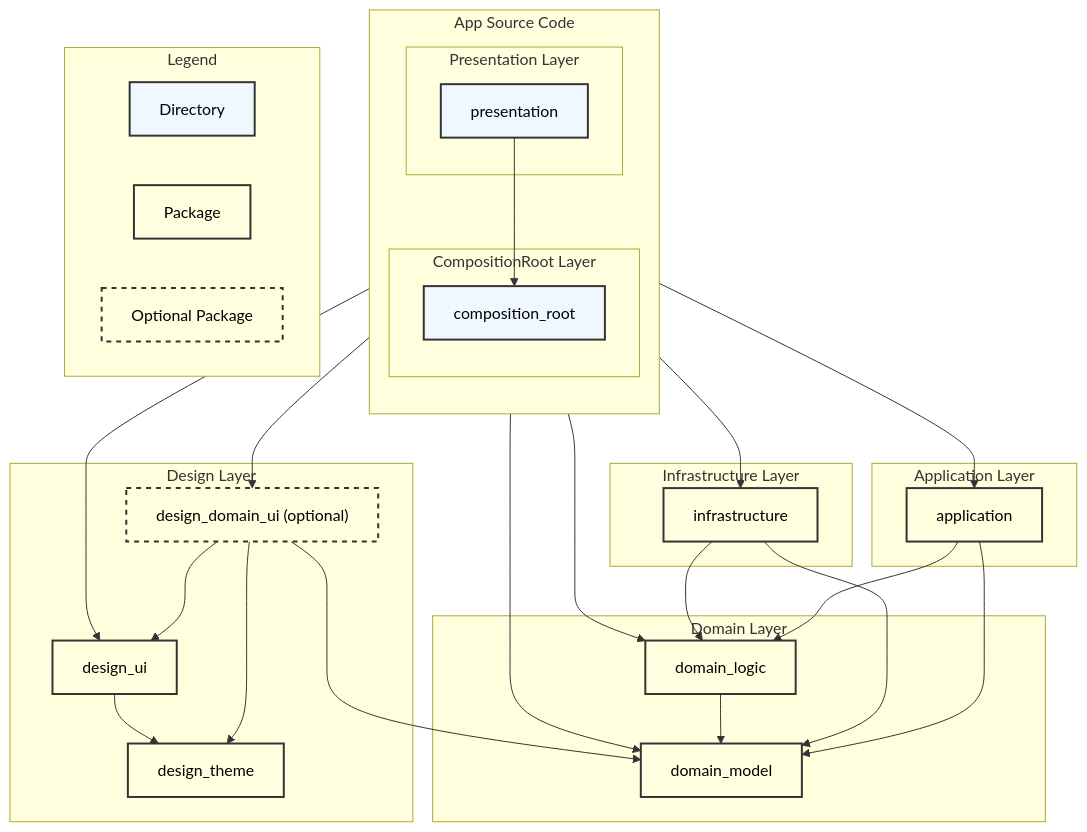
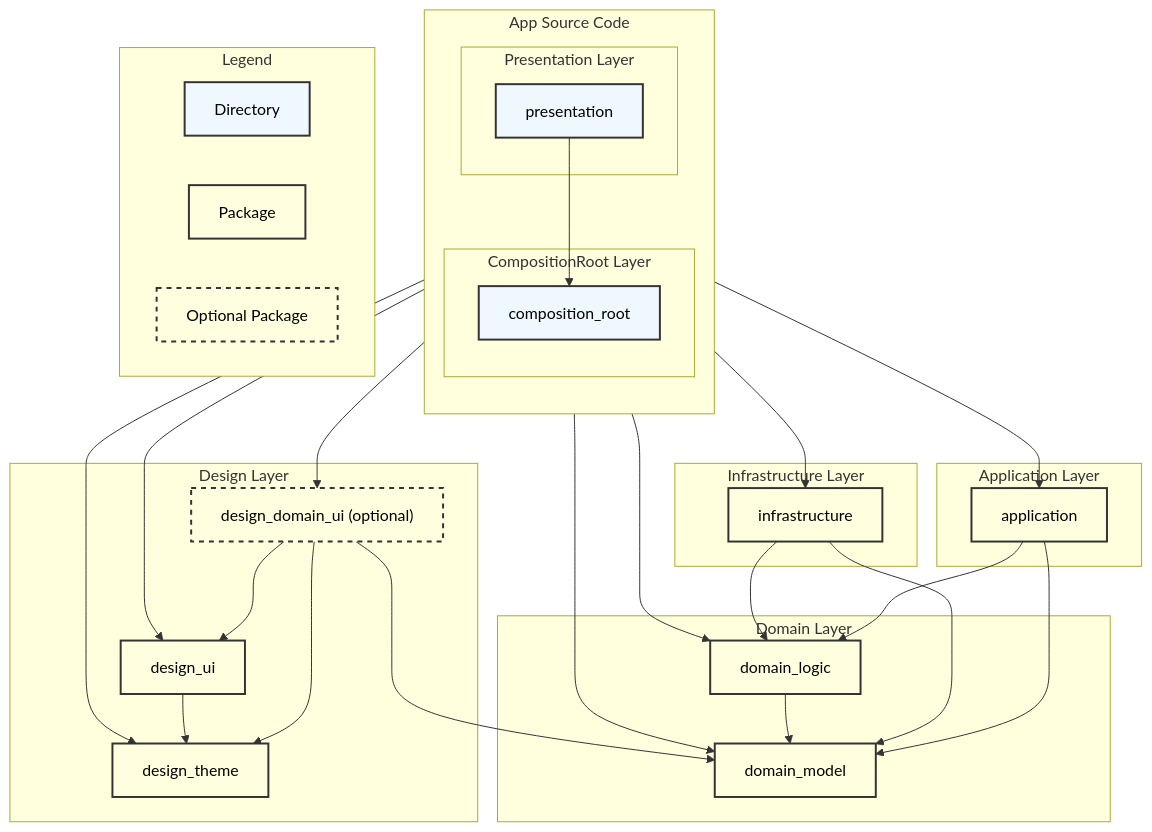
The diagram in docs/ARCHITECTURE.md (yumemi-inc/flutter-mobile-project-template), drawn with Mermaid before and after one commit.

Commit message:
docs(architecture): presentation が design_theme に依存していることを記載

```diff
--- a/docs/ARCHITECTURE.md
+++ b/docs/ARCHITECTURE.md
@@ -83,6 +83,7 @@
   %% Dependencies
   presentation --> composition_root
   presentation --> domain_model
+  presentation --> design_theme
   presentation --> design_ui
   presentation --> design_domain_ui
 
```
